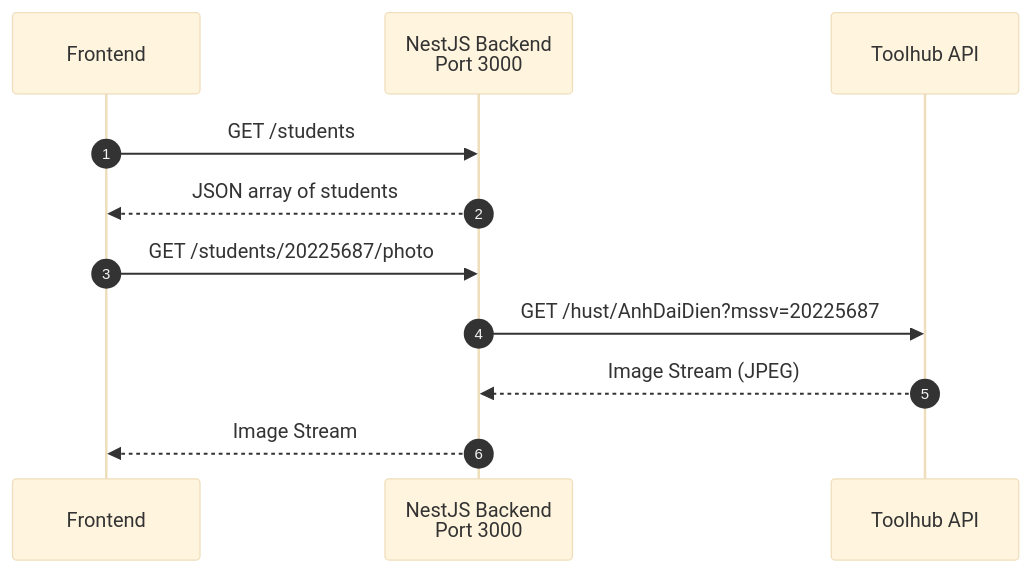
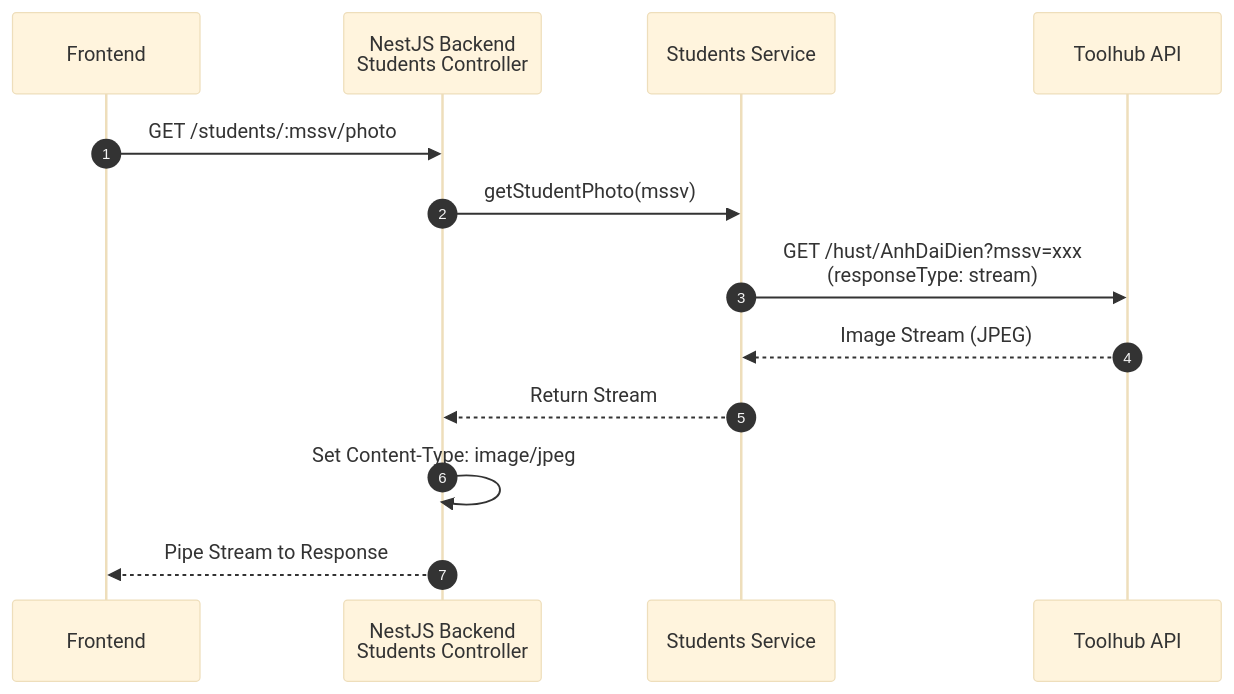
Before and after one commit to HuyenTranggg/ClassPortrait-backend: the third of 4 diagrams in README.md, drawn with Mermaid (base theme). The commit also changed other lines of this file and 15 other files, not shown here.

Commit message:
import students form file (excel, csv, json)

````diff
--- a/README.md
+++ b/README.md
@@ -127,15 +165,16 @@
 ```mermaid
 sequenceDiagram
     autonumber
     participant Frontend
-    participant Backend as NestJS Backend<br/>Port 3000
+    participant Backend as NestJS Backend<br/>Students Controller
+    participant Service as Students Service
     participant Toolhub as Toolhub API
     
-    Frontend->>Backend: GET /students
-    Backend-->>Frontend: JSON array of students
-    
-    Frontend->>Backend: GET /students/20225687/photo
-    Backend->>Toolhub: GET /hust/AnhDaiDien?mssv=20225687
-    Toolhub-->>Backend: Image Stream (JPEG)
-    Backend-->>Frontend: Image Stream
+    Frontend->>Backend: GET /students/:mssv/photo
+    Backend->>Service: getStudentPhoto(mssv)
+    Service->>Toolhub: GET /hust/AnhDaiDien?mssv=xxx<br/>(responseType: stream)
+    Toolhub-->>Service: Image Stream (JPEG)
+    Service-->>Backend: Return Stream
+    Backend->>Backend: Set Content-Type: image/jpeg
+    Backend-->>Frontend: Pipe Stream to Response
 ```
````
